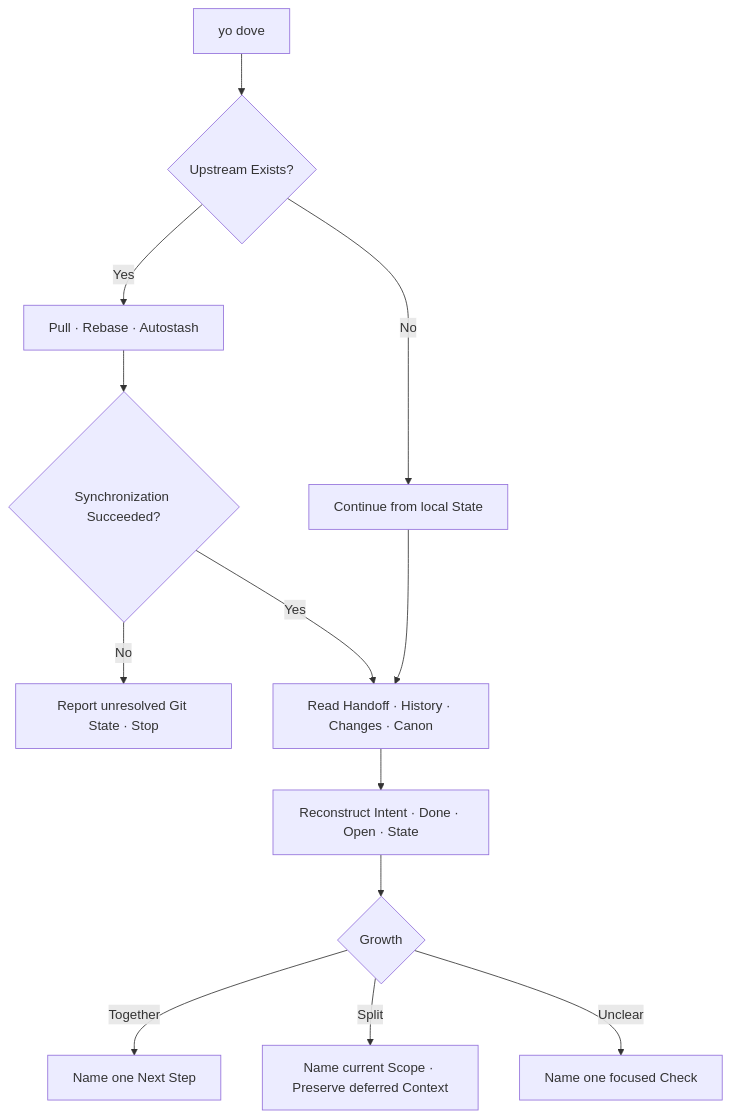
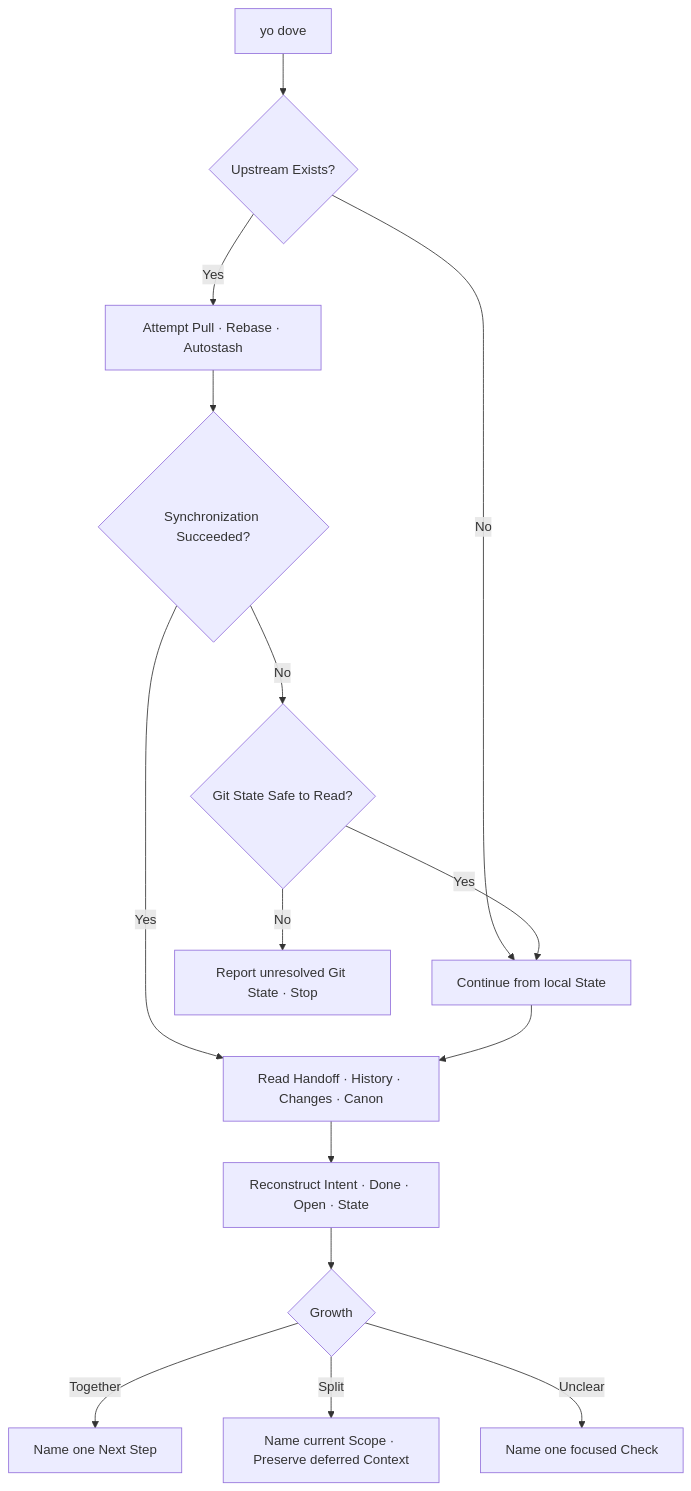
One commit to cangrejometralleta/OneTwoThree changed the diagram in .agents/skills/yo-yo-yo/SKILL.md. Above: the diagram before and after it, drawn with Mermaid. The commit also changed other lines of this file, not shown here.

````diff
--- a/.agents/skills/yo-yo-yo/SKILL.md
+++ b/.agents/skills/yo-yo-yo/SKILL.md
@@ -17,15 +17,17 @@
 ```mermaid
 flowchart TD
     START["yo dove"] --> UPSTREAM{"Upstream Exists?"}
-    UPSTREAM -- Yes --> PULL["Pull · Rebase · Autostash"]
+    UPSTREAM -- Yes --> PULL["Attempt Pull · Rebase · Autostash"]
     UPSTREAM -- No --> LOCAL["Continue from local State"]
     PULL --> SYNC{"Synchronization Succeeded?"}
-    SYNC -- No --> STOP["Report unresolved Git State · Stop"]
+    SYNC -- No --> SAFE{"Git State Safe to Read?"}
+    SAFE -- Yes --> LOCAL
+    SAFE -- No --> STOP["Report unresolved Git State · Stop"]
     SYNC -- Yes --> EVIDENCE["Read Handoff · History · Changes · Canon"]
     LOCAL --> EVIDENCE
     EVIDENCE --> RECONSTRUCT["Reconstruct Intent · Done · Open · State"]
     RECONSTRUCT --> GROWTH{"Growth"}
     GROWTH -- Together --> NEXT["Name one Next Step"]
     GROWTH -- Split --> NOW["Name current Scope · Preserve deferred Context"]
     GROWTH -- Unclear --> CHECK["Name one focused Check"]
 ```
````
